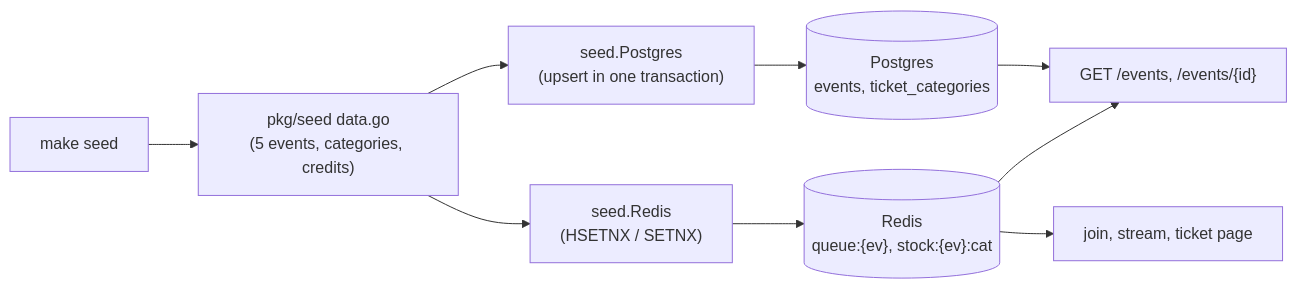
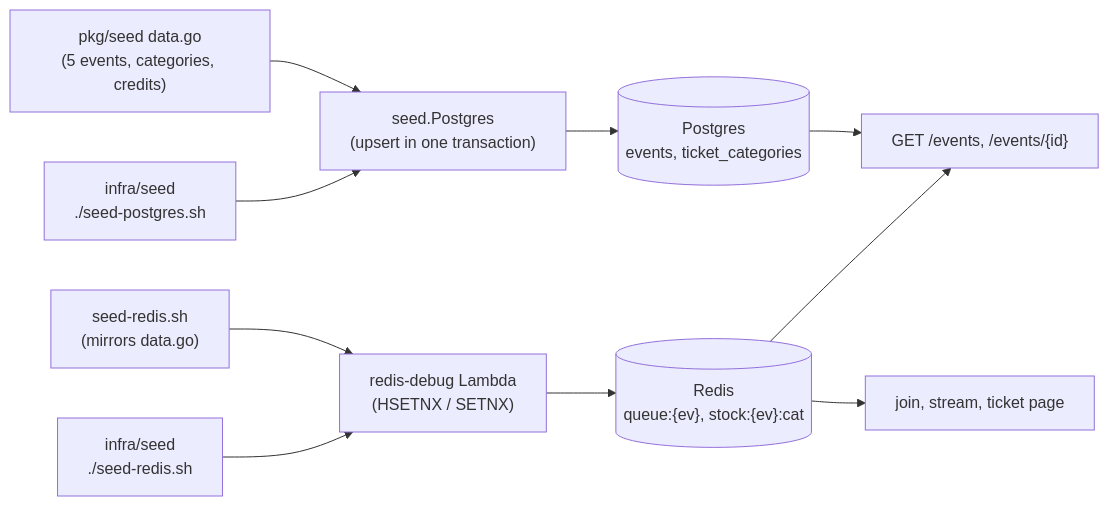
Before and after one commit to PTServerJanganTumbang-BookingTicket/be-rusuh-war-ticketing: the diagram in docs/seed-data.md, drawn with Mermaid. The commit also changed other lines of this file and 18 other files, not shown here.

````diff
--- a/docs/seed-data.md
+++ b/docs/seed-data.md
@@ -28,11 +30,12 @@
 ```mermaid
 flowchart LR
     D["pkg/seed data.go<br/>(5 events, categories, credits)"] --> PGF["seed.Postgres<br/>(upsert in one transaction)"]
-    D --> RF["seed.Redis<br/>(HSETNX / SETNX)"]
+    D2["seed-redis.sh<br/>(mirrors data.go)"] --> RF["redis-debug Lambda<br/>(HSETNX / SETNX)"]
     PGF --> PG[(Postgres<br/>events, ticket_categories)]
     RF --> R[("Redis<br/>queue:{ev}, stock:{ev}:cat")]
-    MK["make seed"] --> D
+    SL["infra/seed<br/>./seed-postgres.sh"] --> PGF
+    RD["infra/seed<br/>./seed-redis.sh"] --> RF
     PG --> L["GET /events, /events/{id}"]
     R --> L
     R --> Q["join, stream, ticket page"]
 ```
````
